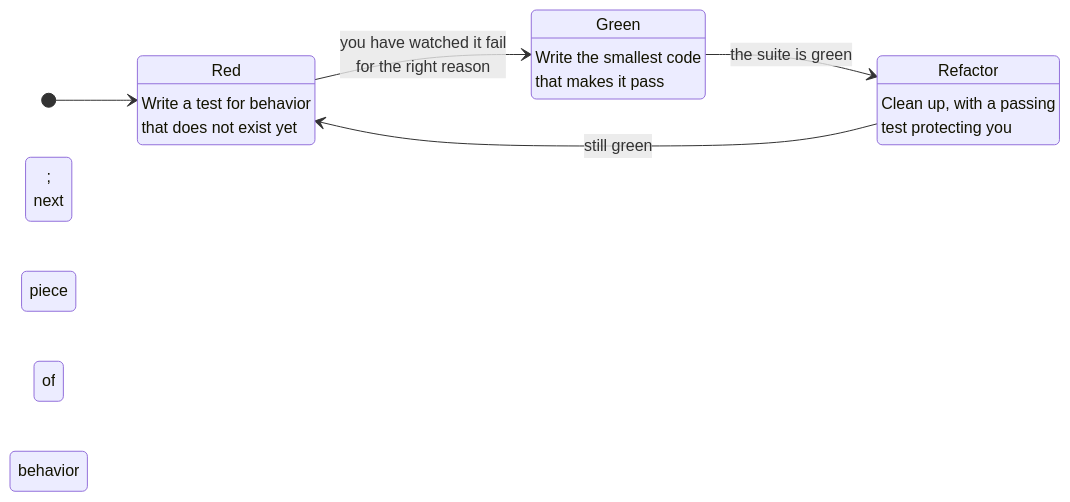
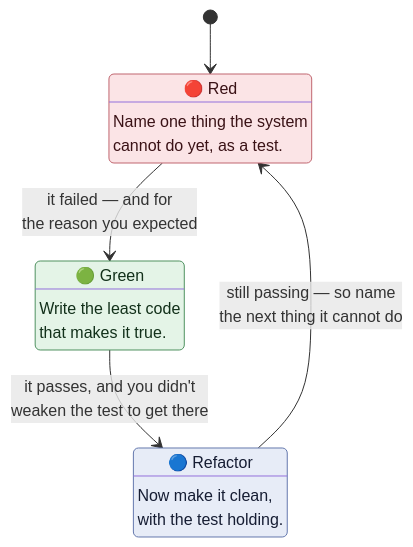
Before and after one commit to rioffe/intro_to_ai_software_engineering: the first of 2 diagrams in manuscript/06-tests-and-tdd.md, drawn with Mermaid. The commit also changed other lines of this file and 17 other files, not shown here.

First line of the commit message:
Diagram readability pass, and keep diagrams with their intro sentence

````diff
--- a/manuscript/06-tests-and-tdd.md
+++ b/manuscript/06-tests-and-tdd.md
@@ -21,16 +21,26 @@
 ```mermaid
 stateDiagram-v2
-    direction LR
+    direction TB
     [*] --> Red
 
-    Red: Red
-    Red: Write a test for behavior<br/>that does not exist yet
-    Green: Green
-    Green: Write the smallest code<br/>that makes it pass
-    Refactor: Refactor
-    Refactor: Clean up, with a passing<br/>test protecting you
+    Red: 🔴 Red
+    Red: Name one thing the system
+    Red: cannot do yet, as a test.
+    Green: 🟢 Green
+    Green: Write the least code
+    Green: that makes it true.
+    Refactor: 🔵 Refactor
+    Refactor: Now make it clean,
+    Refactor: with the test holding.
 
-    Red --> Green: you have watched it fail<br/>for the right reason
-    Green --> Refactor: the suite is green
-    Refactor --> Red: still green;<br/>next piece of behavior
+    Red --> Green: it failed — and for<br/>the reason you expected
+    Green --> Refactor: it passes, and you didn't<br/>weaken the test to get there
+    Refactor --> Red: still passing — so name<br/>the next thing it cannot do
+
+    classDef redState fill:#fbe4e6,stroke:#c0666f,color:#3a1216
+    classDef greenState fill:#e4f4e7,stroke:#4f9160,color:#12301a
+    classDef blueState fill:#e7ecf7,stroke:#6478ad,color:#161d33
+    class Red redState
+    class Green greenState
+    class Refactor blueState
 ```
````
